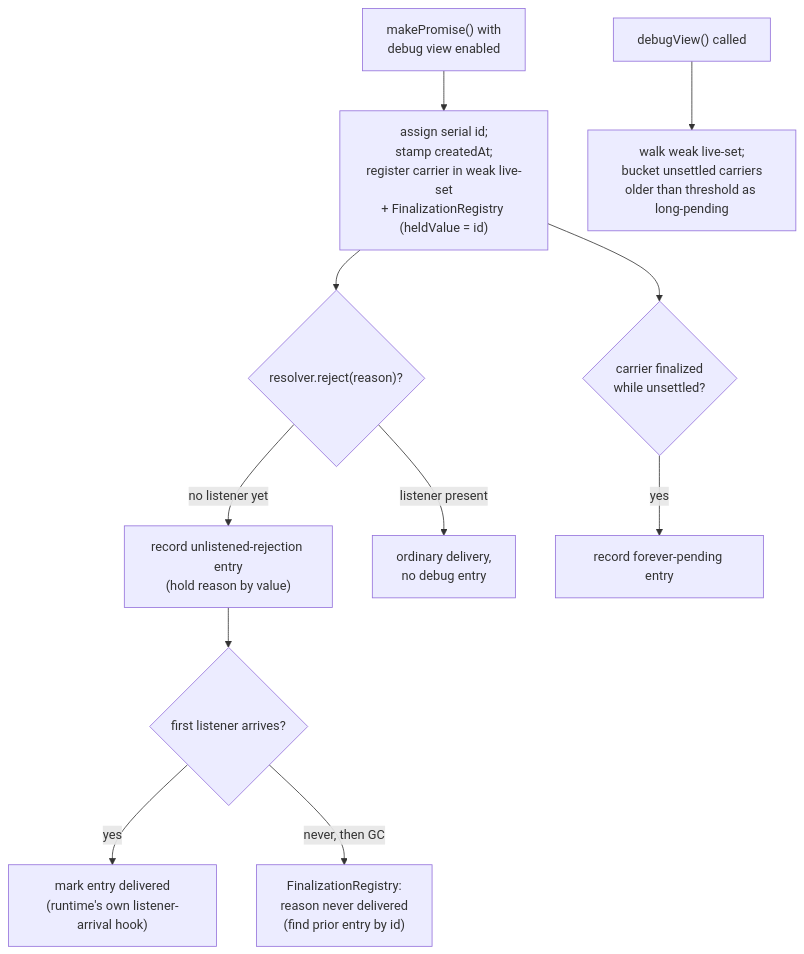
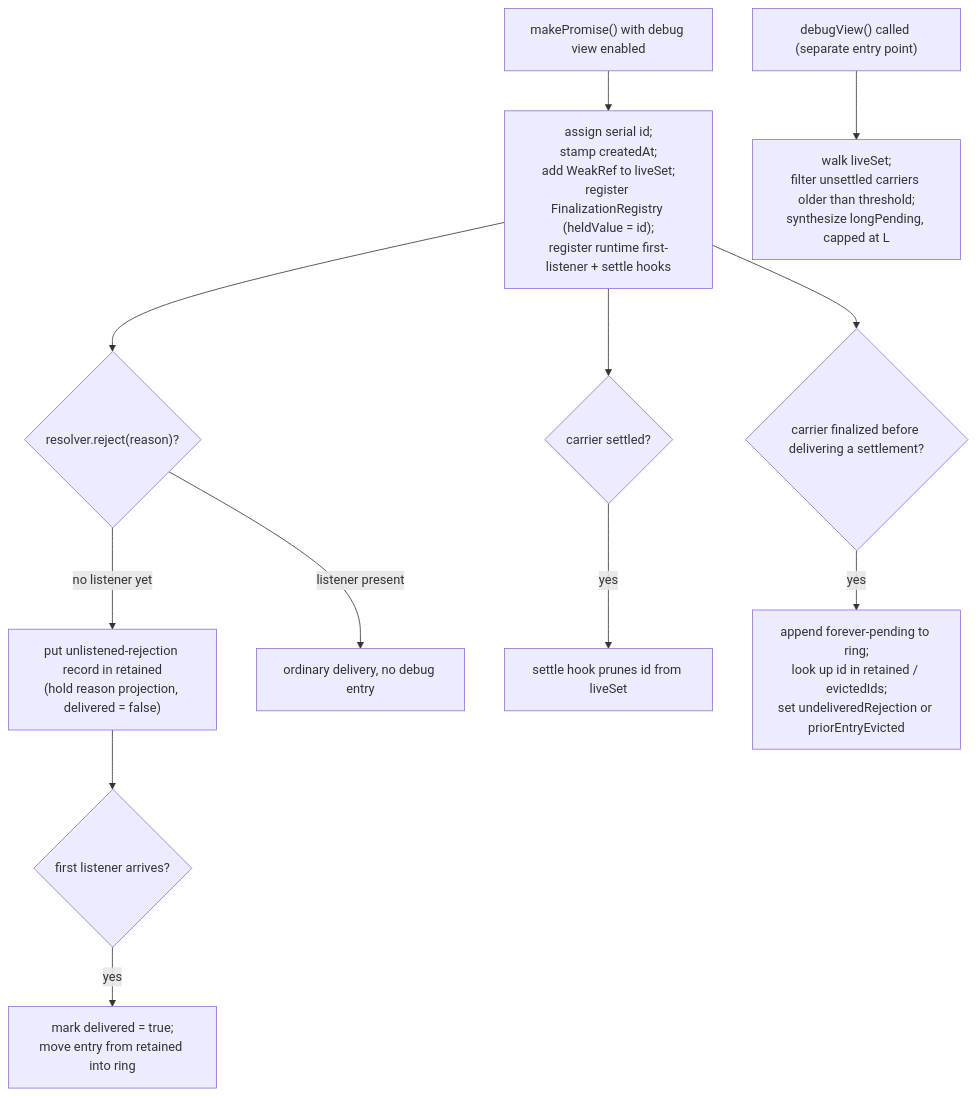
The diagram in designs/promise-debug-view.md (endojs/endo-but-for-bots), drawn with Mermaid before and after one commit. The commit also changed other lines of this file and 1 other file, not shown here.

First line of the commit message:
design(promise-debug-view): apply panel round-2 must-fix items

````diff
--- a/designs/promise-debug-view.md
+++ b/designs/promise-debug-view.md
@@ -129,13 +283,15 @@
 ```mermaid
 flowchart TD
-  MK["makePromise() with<br/>debug view enabled"] --> REG["assign serial id;<br/>stamp createdAt;<br/>register carrier in weak live-set<br/>+ FinalizationRegistry (heldValue = id)"]
+  MK["makePromise() with debug view enabled"] --> REG["assign serial id;<br/>stamp createdAt;<br/>add WeakRef to liveSet;<br/>register FinalizationRegistry (heldValue = id);<br/>register runtime first-listener + settle hooks"]
   REG --> RJ{"resolver.reject(reason)?"}
-  RJ -->|"no listener yet"| UR["record unlistened-rejection entry<br/>(hold reason by value)"]
-  RJ -->|"listener present"| DONE["ordinary delivery,<br/>no debug entry"]
+  RJ -->|"no listener yet"| UR["put unlistened-rejection record in retained<br/>(hold reason projection, delivered = false)"]
+  RJ -->|"listener present"| DONE["ordinary delivery, no debug entry"]
   UR --> FS{"first listener arrives?"}
-  FS -->|"yes"| MARK["mark entry delivered<br/>(runtime's own listener-arrival hook)"]
-  FS -->|"never, then GC"| FP1["FinalizationRegistry:<br/>reason never delivered<br/>(find prior entry by id)"]
-  REG --> GC{"carrier finalized<br/>while unsettled?"}
-  GC -->|"yes"| FP["record forever-pending entry"]
-  INSPECT["debugView() called"] --> LP["walk weak live-set;<br/>bucket unsettled carriers<br/>older than threshold as long-pending"]
+  FS -->|"yes"| MARK["mark delivered = true;<br/>move entry from retained into ring"]
+  REG --> SET{"carrier settled?"}
+  SET -->|"yes"| PRUNE["settle hook prunes id from liveSet"]
+  REG --> GC{"carrier finalized before delivering a settlement?"}
+  GC -->|"yes"| FP["append forever-pending to ring;<br/>look up id in retained / evictedIds;<br/>set undeliveredRejection or priorEntryEvicted"]
+
+  INSPECT["debugView() called (separate entry point)"] --> LP["walk liveSet;<br/>filter unsettled carriers older than threshold;<br/>synthesize longPending, capped at L"]
 ```
````
